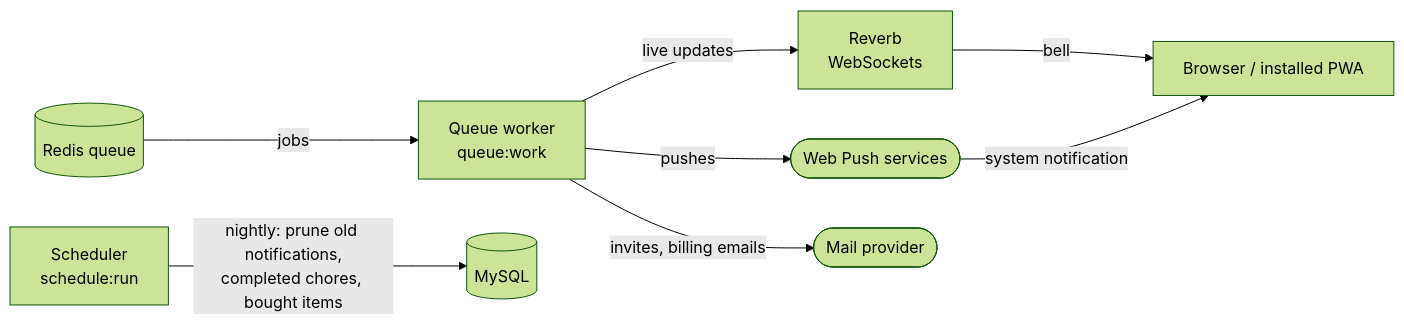
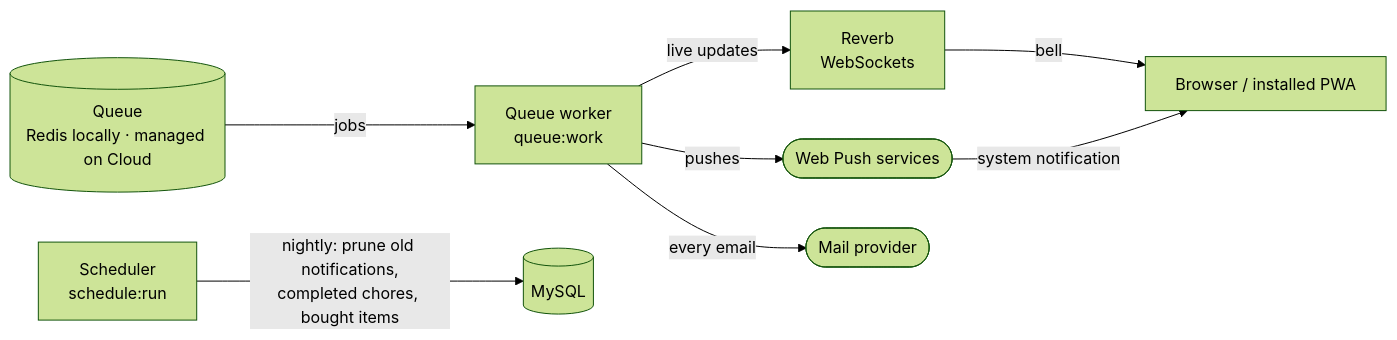
One commit to owensanders/ryh changed the second of 5 diagrams in README.md. Above: the diagram before and after it, drawn with Mermaid (forest theme). The commit also changed other lines of this file and 5 other files, not shown here.

````diff
--- a/README.md
+++ b/README.md
@@ -183,19 +183,19 @@
 ```mermaid
 flowchart LR
-    redis[("Redis queue")]
+    redis[("Queue<br/>Redis locally · managed on Cloud")]
     worker["Queue worker<br/>queue:work"]
     reverb["Reverb<br/>WebSockets"]
     push(["Web Push services"])
     mail(["Mail provider"])
     browser["Browser / installed PWA"]
     scheduler["Scheduler<br/>schedule:run"]
     mysql[("MySQL")]
 
     redis -->|"jobs"| worker
     worker -->|"live updates"| reverb
     worker -->|"pushes"| push
-    worker -->|"invites, billing emails"| mail
+    worker -->|"every email"| mail
     reverb -->|"bell"| browser
     push -->|"system notification"| browser
     scheduler -->|"nightly: prune old notifications,<br/>completed chores, bought items"| mysql
 ```
````
